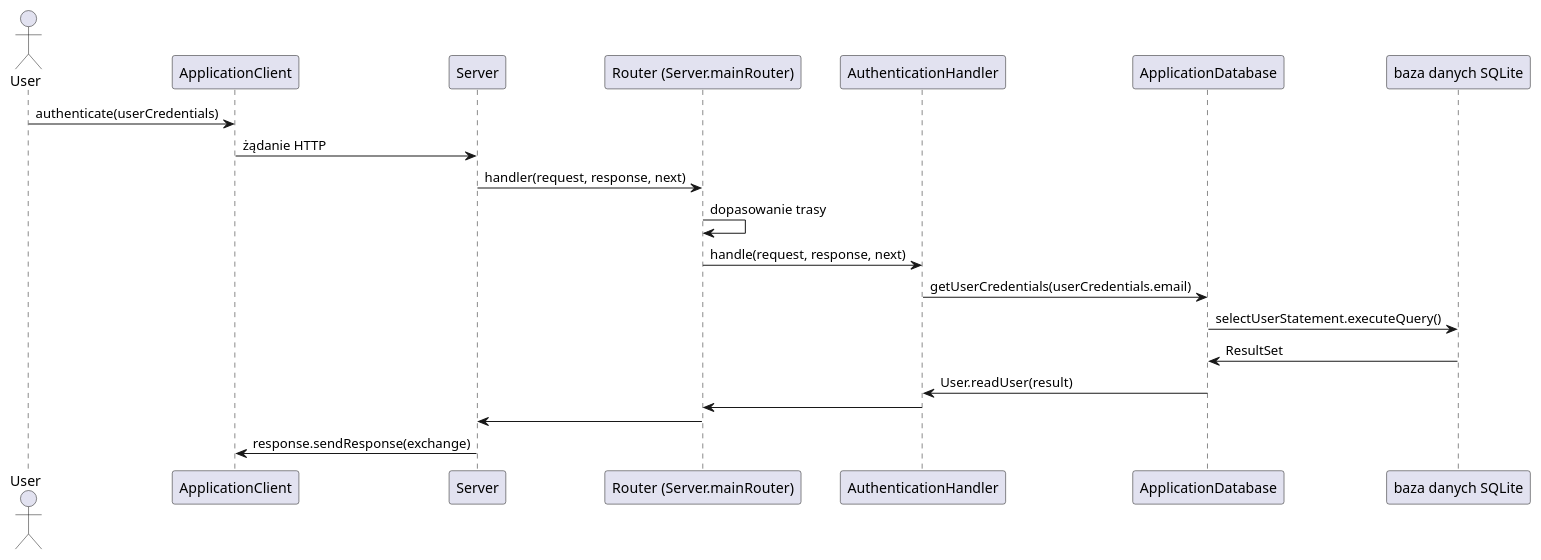
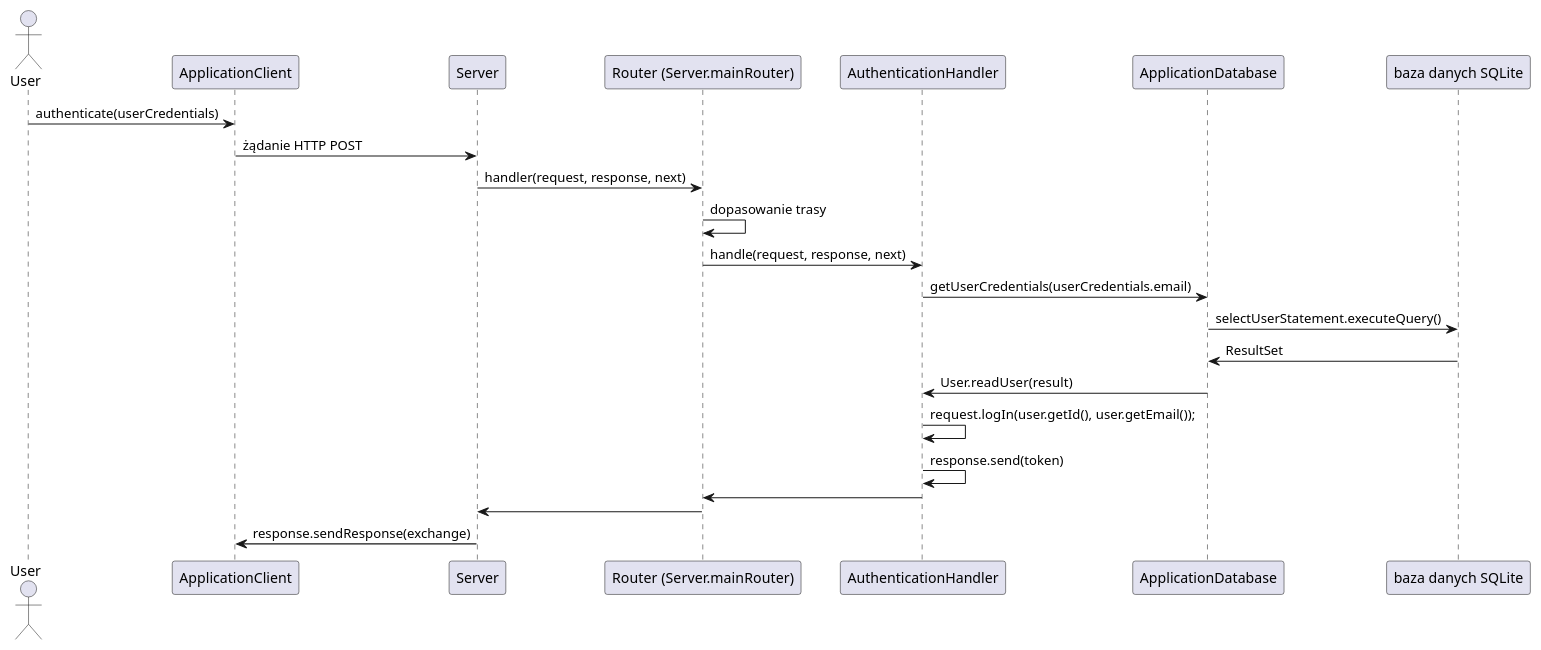
The second of 5 diagrams in readme.md (Mac14101/po2025), drawn with PlantUML before and after one commit. The commit also changed other lines of this file, not shown here.

Commit message:
docs: Dodanie pozostałych diagramów usecase

````diff
--- a/readme.md
+++ b/readme.md
@@ -68,23 +68,25 @@
 ```plantuml
 @startuml
 actor User
 participant ApplicationClient
 participant Server
 participant Router as "Router (Server.mainRouter)"
 participant AuthenticationHandler
 participant ApplicationDatabase
 participant Database as "baza danych SQLite"
 User -> ApplicationClient : authenticate(userCredentials)
-ApplicationClient -> Server : żądanie HTTP
+ApplicationClient -> Server : żądanie HTTP POST
 Server -> Router : handler(request, response, next)
 Router -> Router : dopasowanie trasy
 Router -> AuthenticationHandler : handle(request, response, next)
 AuthenticationHandler -> ApplicationDatabase : getUserCredentials(userCredentials.email)
 ApplicationDatabase -> Database : selectUserStatement.executeQuery()
 Database -> ApplicationDatabase : ResultSet
 ApplicationDatabase -> AuthenticationHandler : User.readUser(result)
+AuthenticationHandler -> AuthenticationHandler : request.logIn(user.getId(), user.getEmail());
+AuthenticationHandler -> AuthenticationHandler : response.send(token)
 AuthenticationHandler -> Router
 Router -> Server
 Server -> ApplicationClient : response.sendResponse(exchange)
 @enduml
 ```
````
